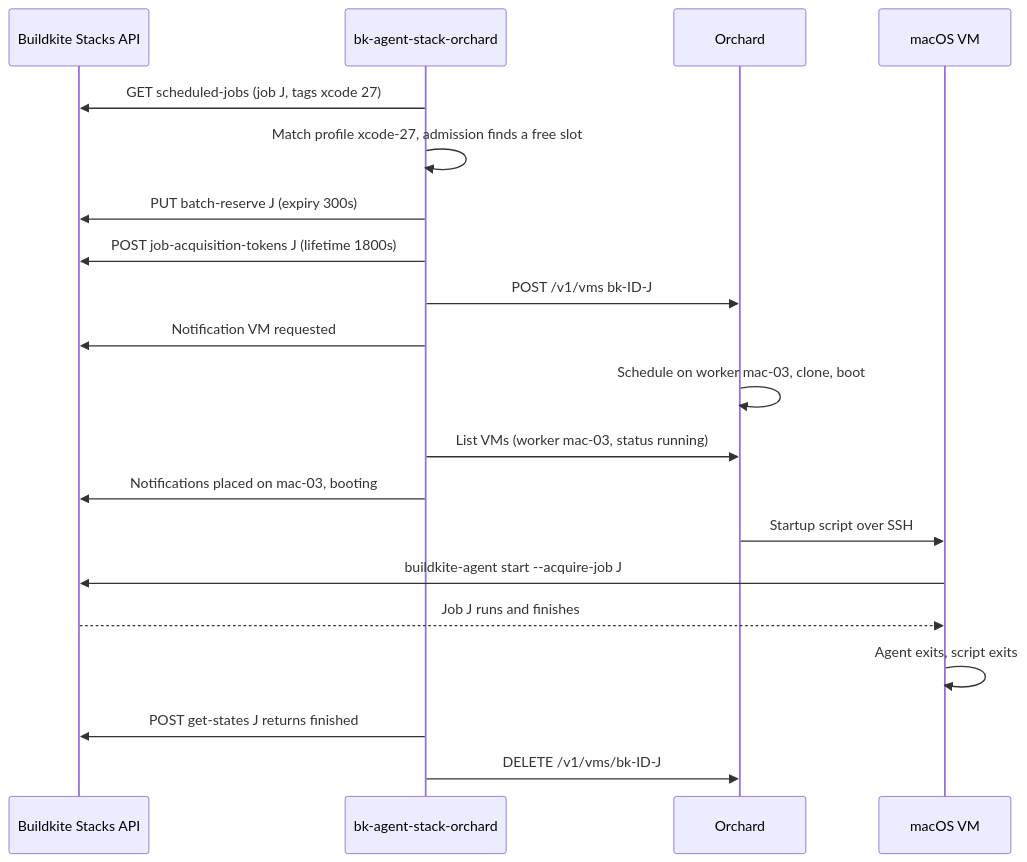
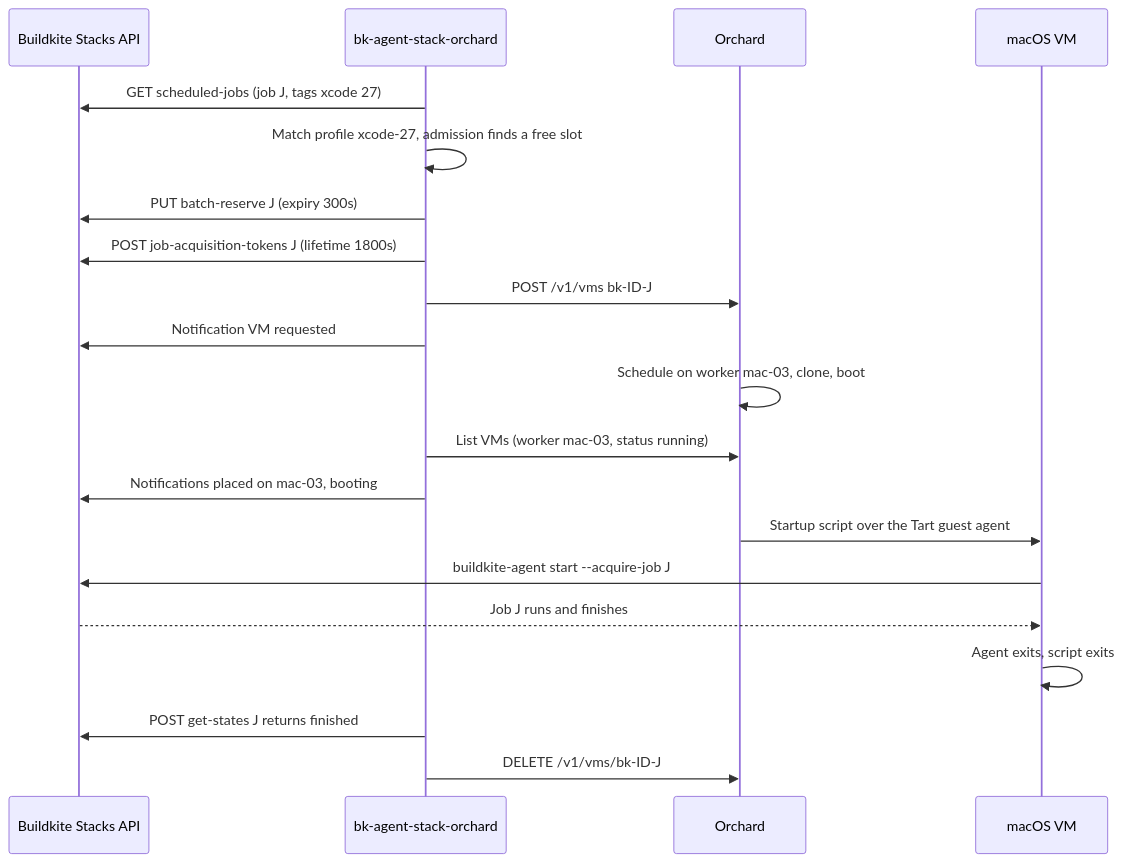
One commit to joshwrightcodes/bk-agent-stack-orchard changed the second of 2 diagrams in docs/architecture/target-design.md. Above: the diagram before and after it, drawn with Mermaid. The commit also changed other lines of this file and 21 other files, not shown here.

````diff
--- a/docs/architecture/target-design.md
+++ b/docs/architecture/target-design.md
@@ -299,22 +298,22 @@
 ```mermaid
 sequenceDiagram
     participant BK as Buildkite Stacks API
     participant C as bk-agent-stack-orchard
     participant O as Orchard
     participant VM as macOS VM
     C->>BK: GET scheduled-jobs (job J, tags xcode 27)
     C->>C: Match profile xcode-27, admission finds a free slot
     C->>BK: PUT batch-reserve J (expiry 300s)
     C->>BK: POST job-acquisition-tokens J (lifetime 1800s)
     C->>O: POST /v1/vms bk-ID-J
     C->>BK: Notification VM requested
     O->>O: Schedule on worker mac-03, clone, boot
     C->>O: List VMs (worker mac-03, status running)
     C->>BK: Notifications placed on mac-03, booting
-    O->>VM: Startup script over SSH
+    O->>VM: Startup script over the Tart guest agent
     VM->>BK: buildkite-agent start --acquire-job J
     BK-->>VM: Job J runs and finishes
     VM->>VM: Agent exits, script exits
     C->>BK: POST get-states J returns finished
     C->>O: DELETE /v1/vms/bk-ID-J
 ```
````
